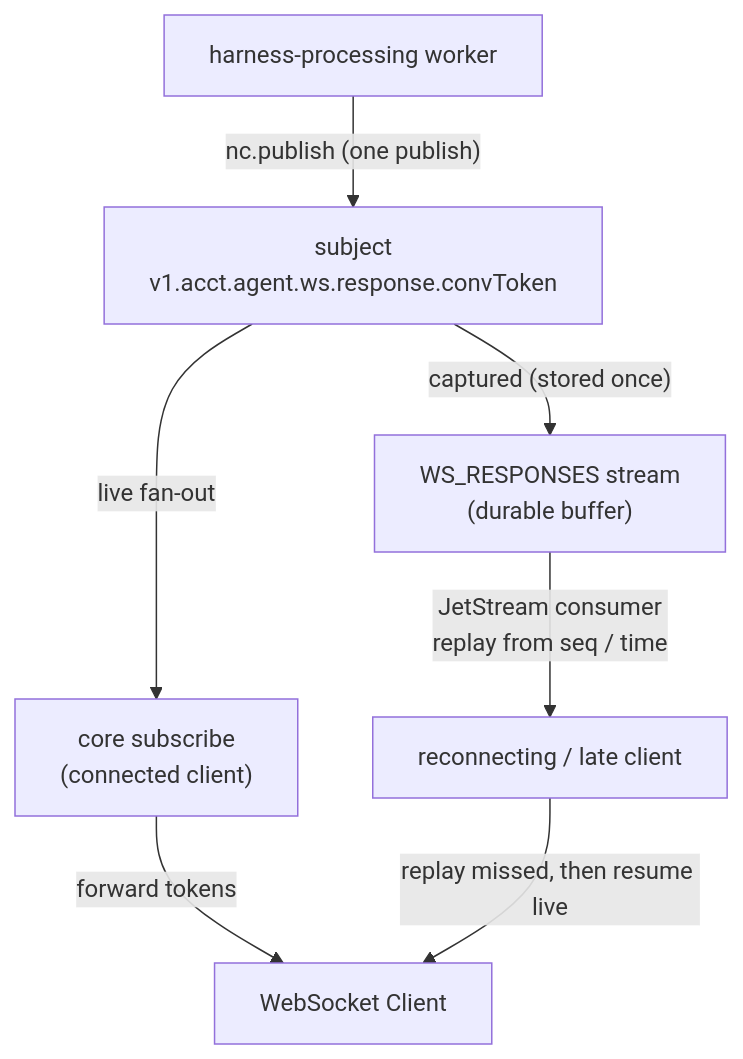
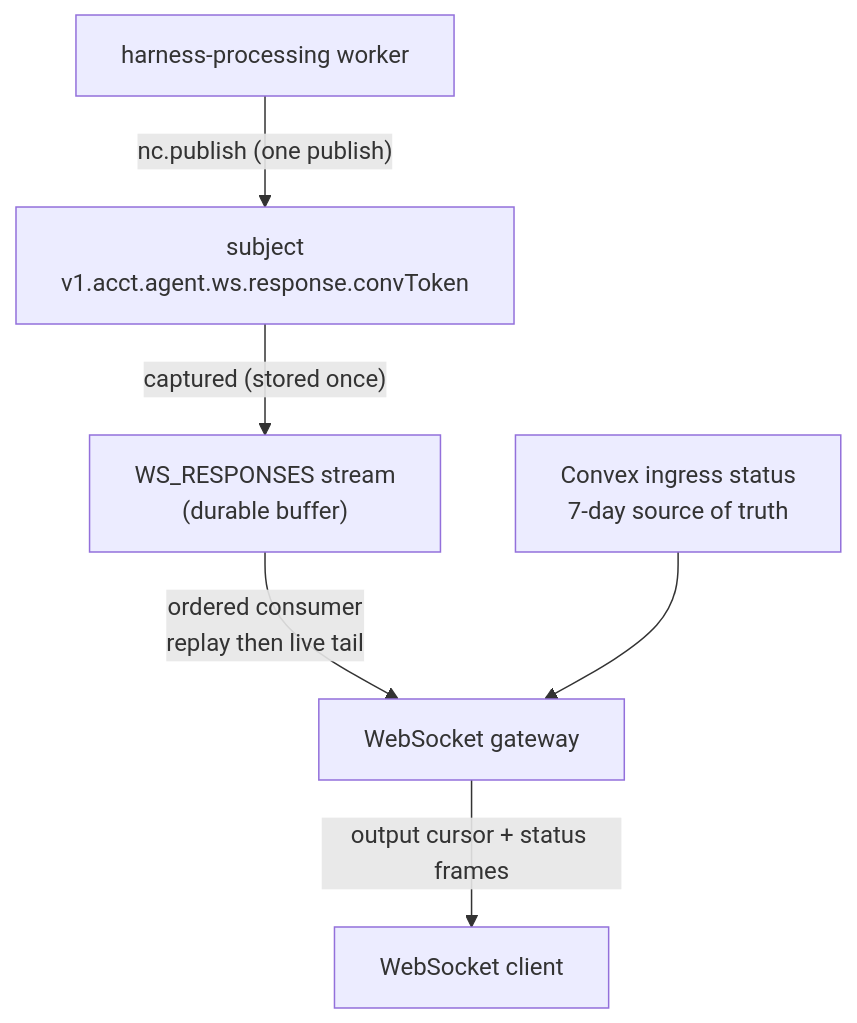
Before and after one commit to beeblastco/broods: the tenth of 12 diagrams in apps/docs/docs/architecture.md, drawn with Mermaid. The commit also changed other lines of this file and 23 other files, not shown here.

````diff
--- a/apps/docs/docs/architecture.md
+++ b/apps/docs/docs/architecture.md
@@ -267,9 +267,8 @@
 ```mermaid
 flowchart TD
   Harness["harness-processing worker"] -->|"nc.publish (one publish)"| Subj["subject<br/>v1.acct.agent.ws.response.convToken"]
-  Subj -->|"live fan-out"| GWlive["core subscribe<br/>(connected client)"]
   Subj -->|"captured (stored once)"| NATS["WS_RESPONSES stream<br/>(durable buffer)"]
-  NATS -->|"JetStream consumer<br/>replay from seq / time"| GWreplay["reconnecting / late client"]
-  GWlive -->|"forward tokens"| Client["WebSocket Client"]
-  GWreplay -->|"replay missed, then resume live"| Client
+  NATS -->|"ordered consumer<br/>replay then live tail"| Gateway["WebSocket gateway"]
+  Gateway -->|"output cursor + status frames"| Client["WebSocket client"]
+  Convex["Convex ingress status<br/>7-day source of truth"] --> Gateway
 ```
````
